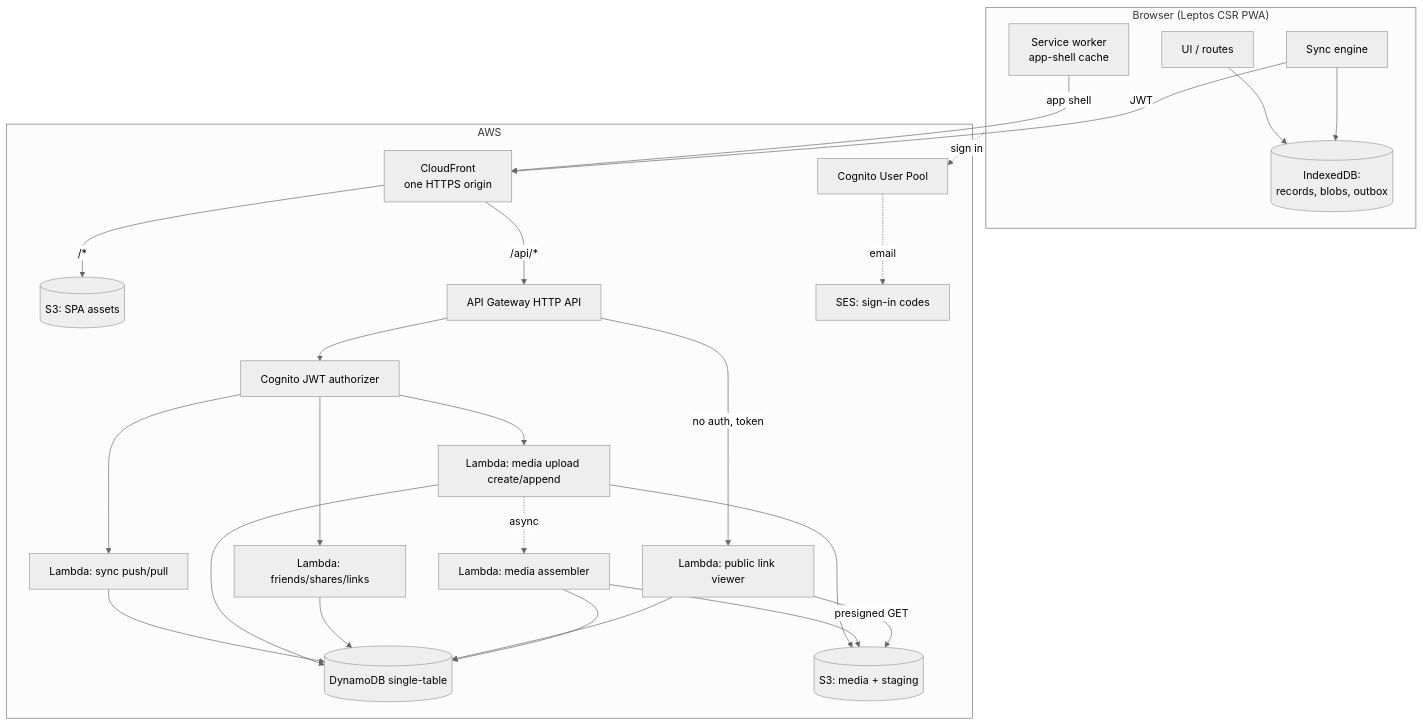
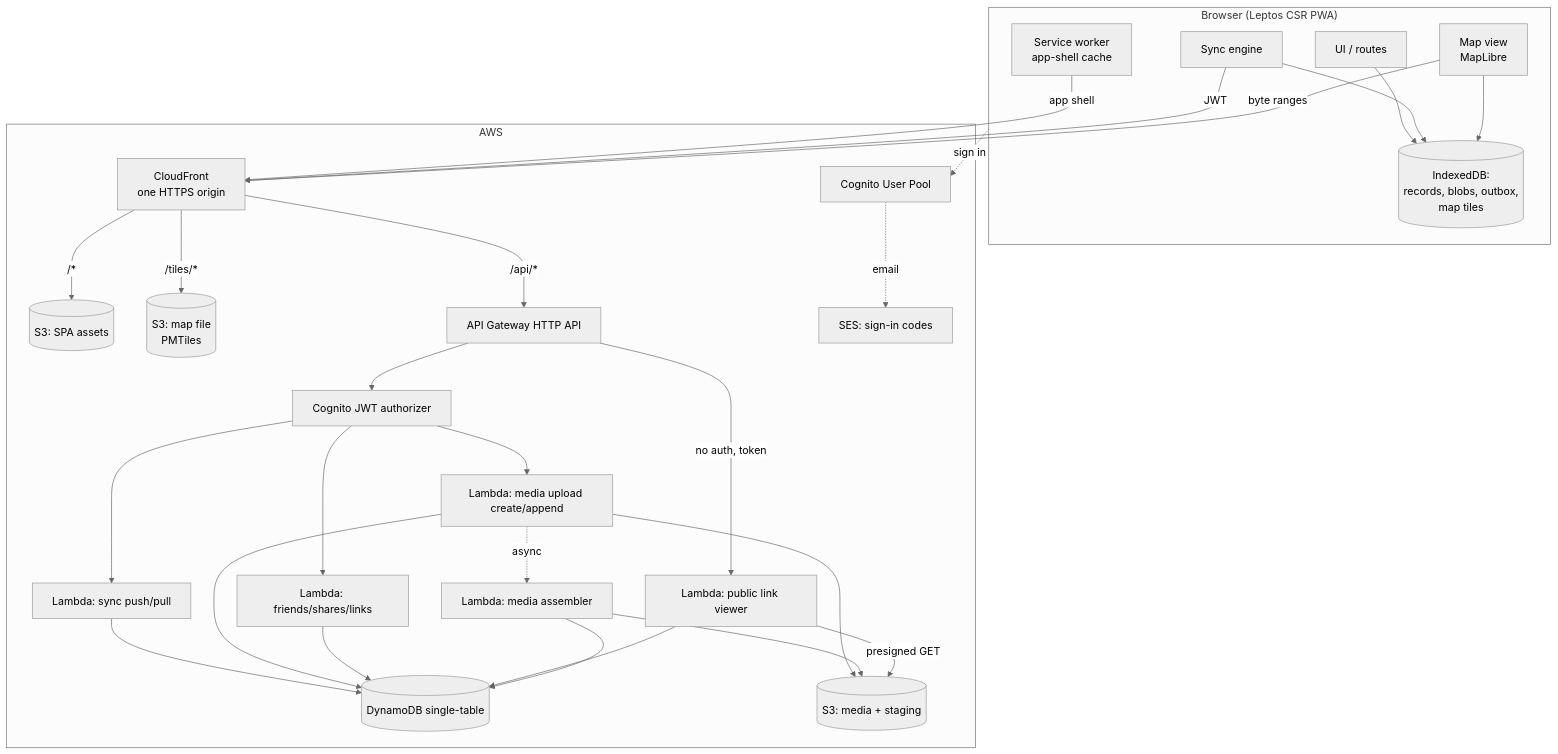
The first of 3 diagrams in docs/hld.md (mvamgc/travel-records), drawn with Mermaid (neutral theme) before and after one commit. The commit also changed other lines of this file and 7 other files, not shown here.

````diff
--- a/docs/hld.md
+++ b/docs/hld.md
@@ -11,42 +11,47 @@
 ```mermaid
 graph TD
   subgraph Client["Browser (Leptos CSR PWA)"]
     UI[UI / routes]
-    Store[(IndexedDB:<br/>records, blobs, outbox)]
+    Store[(IndexedDB:<br/>records, blobs, outbox,<br/>map tiles)]
     Sync[Sync engine]
+    MapV[Map view<br/>MapLibre]
     SW[Service worker<br/>app-shell cache]
     UI --> Store
     Sync --> Store
+    MapV --> Store
   end
 
   subgraph AWS
     CF[CloudFront<br/>one HTTPS origin]
     Site[(S3: SPA assets)]
+    Tiles[(S3: map file<br/>PMTiles)]
     APIGW[API Gateway HTTP API]
     Authz[Cognito JWT authorizer]
     LSync[Lambda: sync push/pull]
     LMedia[Lambda: media upload create/append]
     LAssemble[Lambda: media assembler]
     LShare[Lambda: friends/shares/links]
     LPublic[Lambda: public link viewer]
     DDB[(DynamoDB single-table)]
     S3[(S3: media + staging)]
     Cognito[Cognito User Pool]
     SES[SES: sign-in codes]
   end
 
   SW -->|app shell| CF
   Sync -->|JWT| CF
+  MapV -->|byte ranges| CF
   CF -->|"/*"| Site
+  CF -->|"/tiles/*"| Tiles
   CF -->|"/api/*"| APIGW
   APIGW --> Authz
   Authz --> LSync & LMedia & LShare
   APIGW -->|no auth, token| LPublic
   LSync & LMedia & LShare & LPublic --> DDB
   LMedia --> S3
   LMedia -. async .-> LAssemble
   LAssemble --> S3 & DDB
   LPublic -->|presigned GET| S3
   Client -. sign in .-> Cognito
   Cognito -. email .-> SES
 ```
````
